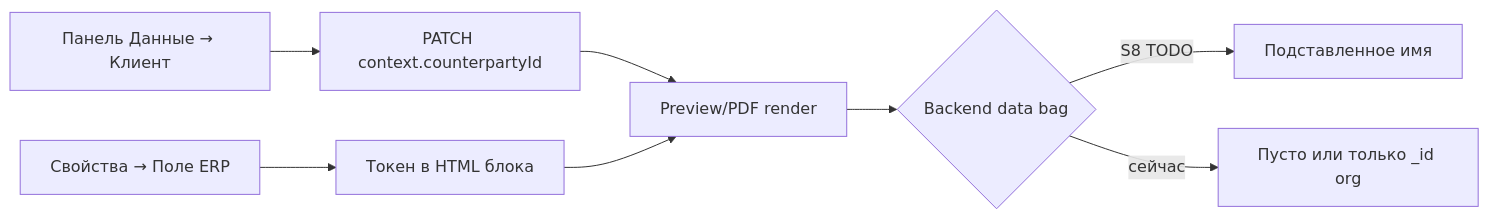
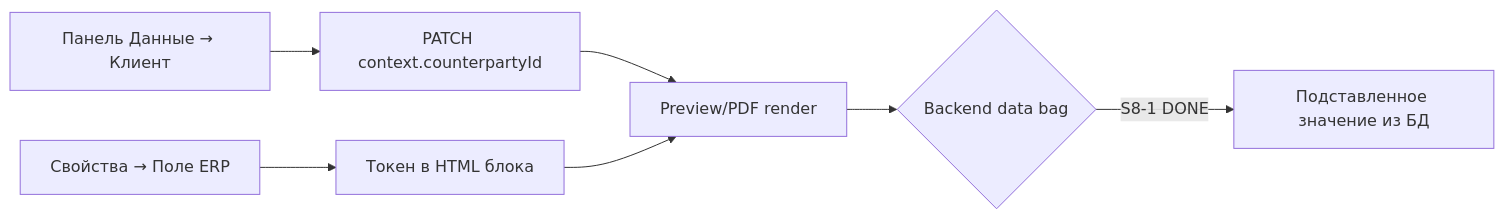
Before and after one commit to gostreetogle-create/kppdf-8.0: the first of 2 diagrams in docs/pages/document-studio.page.md, drawn with Mermaid. The commit also changed other lines of this file and 8 other files, not shown here.

````diff
--- a/docs/pages/document-studio.page.md
+++ b/docs/pages/document-studio.page.md
@@ -91,10 +91,9 @@
 ```mermaid
 flowchart LR
   A[Свойства → Поле ERP] --> B[Токен в HTML блока]
   C[Панель Данные → Клиент] --> D[PATCH context.counterpartyId]
   D --> E[Preview/PDF render]
   B --> E
   E --> F{Backend data bag}
-  F -->|S8 TODO| G[Подставленное имя]
-  F -->|сейчас| H[Пусто или только _id org]
+  F -->|S8-1 DONE| G[Подставленное значение из БД]
 ```
````
